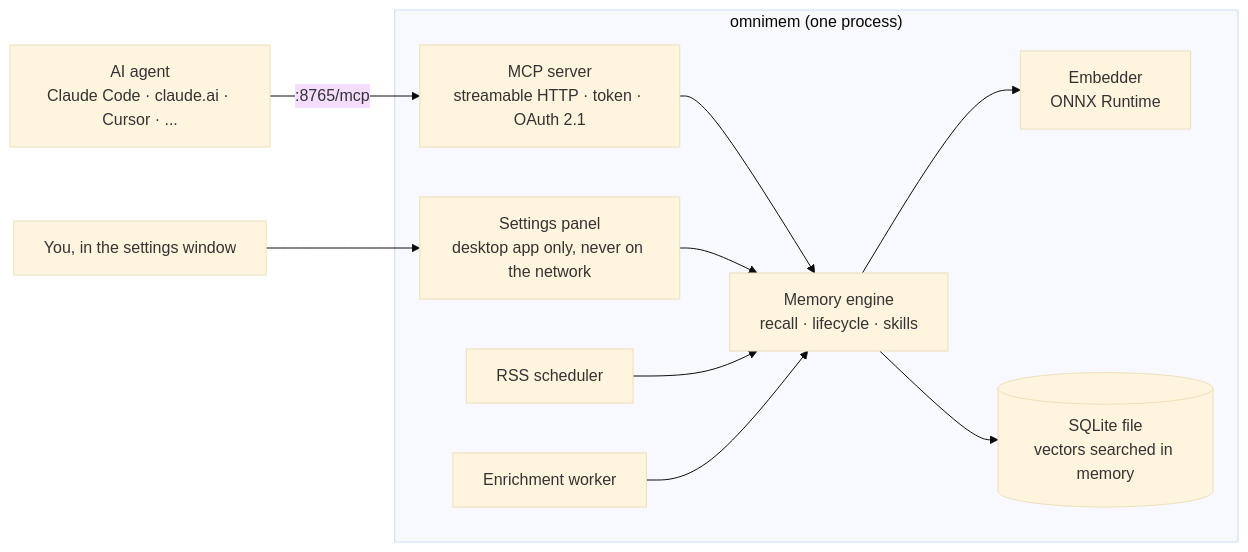
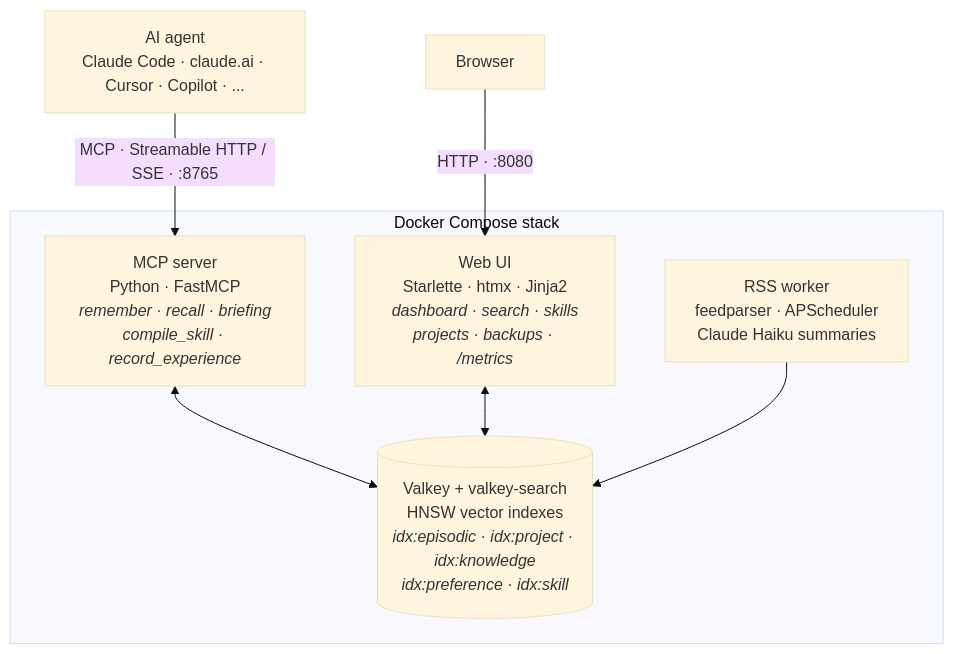
The diagram in data/readmes/richarvey__OmniMem.md (zqf20096327/dbhub_collect), drawn with Mermaid (base theme) before and after one commit. The commit also changed other lines of this file and 513 other files, not shown here.

````diff
--- a/data/readmes/richarvey__OmniMem.md
+++ b/data/readmes/richarvey__OmniMem.md
@@ -117,24 +91,19 @@
 ```mermaid
-flowchart LR
-    agent["AI agent<br/>Claude Code · claude.ai · Cursor · ..."]
-    user["You, in the settings window"]
+flowchart TB
+    agent["AI agent<br/>Claude Code · claude.ai · Cursor · Copilot · ..."]
+    browser["Browser"]
 
-    subgraph omnimem["omnimem (one process)"]
-        mcp["MCP server<br/>streamable HTTP · token · OAuth 2.1"]
-        panel["Settings panel<br/>desktop app only, never on the network"]
-        rss["RSS scheduler"]
-        enrich["Enrichment worker"]
-        engine["Memory engine<br/>recall · lifecycle · skills"]
-        embed["Embedder<br/>ONNX Runtime"]
-        store[("SQLite file<br/>vectors searched in memory")]
+    agent -- "MCP · Streamable HTTP / SSE · :8765" --> mcp
+    browser -- "HTTP · :8080" --> webui
+
+    subgraph stack["Docker Compose stack"]
+        mcp["MCP server<br/>Python · FastMCP<br/><i>remember · recall · briefing<br/>compile_skill · record_experience</i>"]
+        webui["Web UI<br/>Starlette · htmx · Jinja2<br/><i>dashboard · search · skills<br/>projects · backups · /metrics</i>"]
+        rss["RSS worker<br/>feedparser · APScheduler<br/>Claude Haiku summaries"]
+        valkey[("Valkey + valkey-search<br/>HNSW vector indexes<br/><i>idx:episodic · idx:project · idx:knowledge<br/>idx:preference · idx:skill</i>")]
+
+        mcp <--> valkey
+        webui <--> valkey
+        rss --> valkey
     end
-
-    agent -- ":8765/mcp" --> mcp
-    user --> panel
-    mcp --> engine
-    panel --> engine
-    rss --> engine
-    enrich --> engine
-    engine --> embed
-    engine --> store
 ```
````
